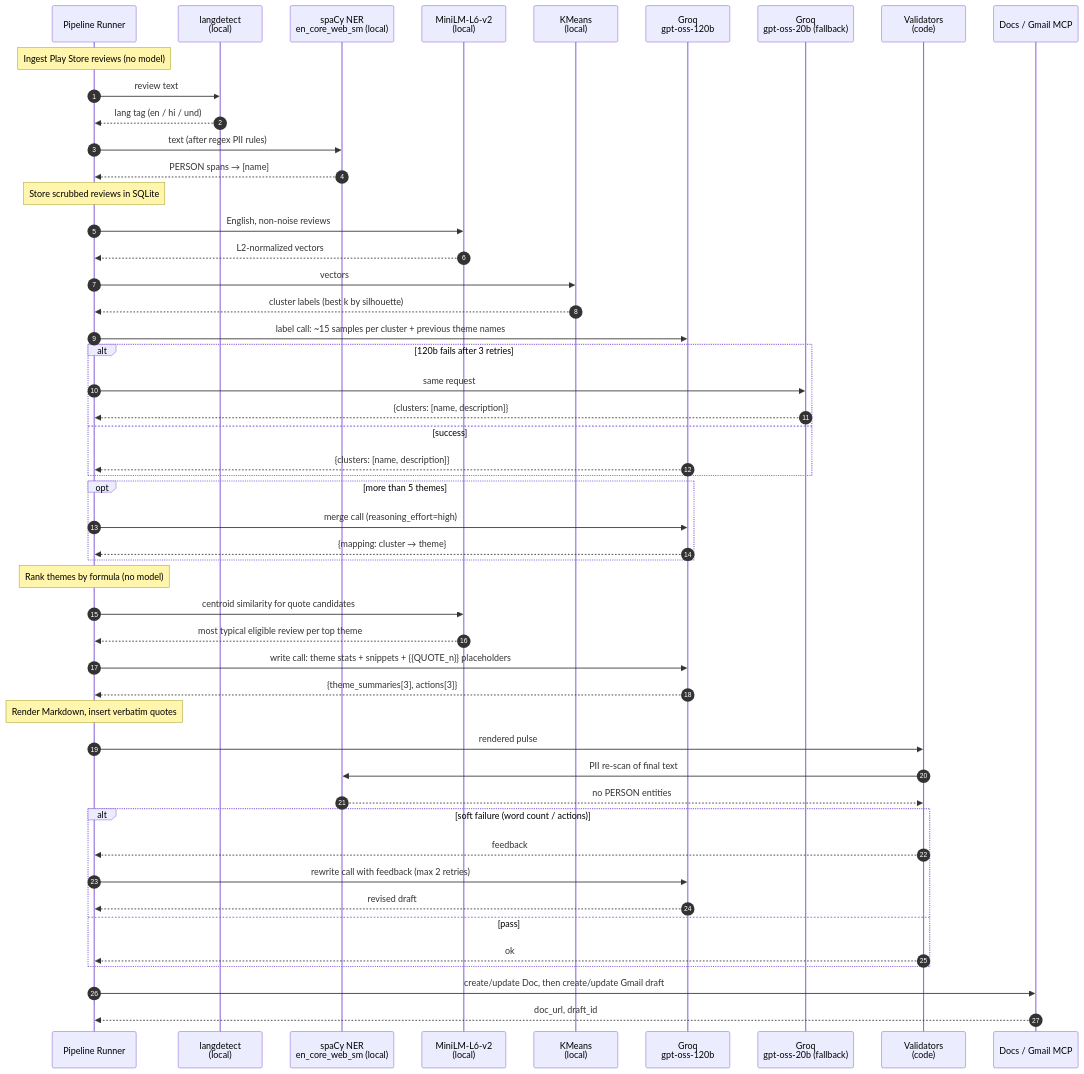
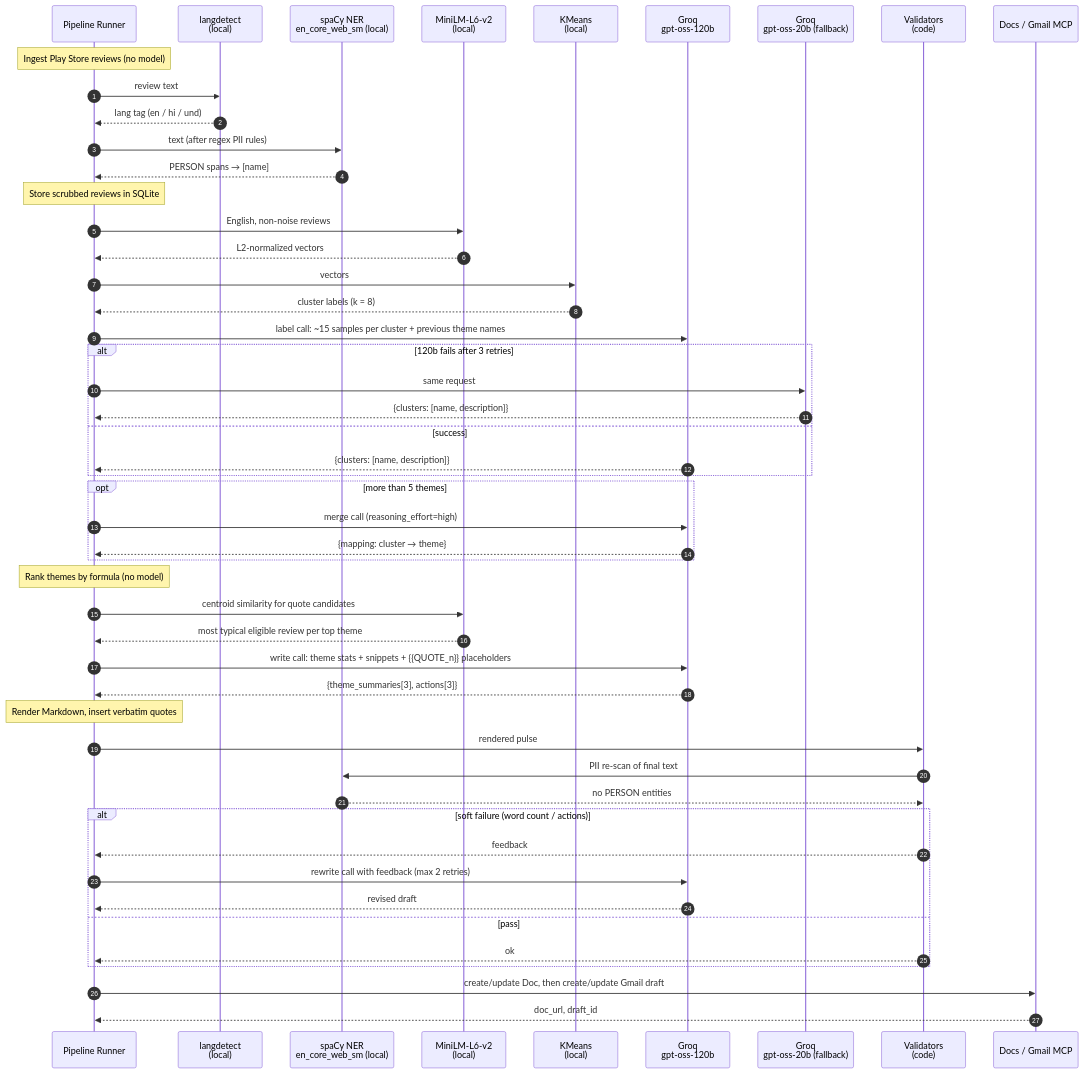
One commit to sivarajthava/agent-groww-service changed the second of 7 diagrams in doc/architecture.md. Above: the diagram before and after it, drawn with Mermaid. The commit also changed other lines of this file and 13 other files, not shown here.

````diff
--- a/doc/architecture.md
+++ b/doc/architecture.md
@@ -153,59 +153,59 @@
 ```mermaid
 sequenceDiagram
     autonumber
     participant R as Pipeline Runner
     participant LD as langdetect<br/>(local)
     participant NER as spaCy NER<br/>en_core_web_sm (local)
     participant EMB as MiniLM-L6-v2<br/>(local)
     participant KM as KMeans<br/>(local)
     participant G1 as Groq<br/>gpt-oss-120b
     participant G2 as Groq<br/>gpt-oss-20b (fallback)
     participant V as Validators<br/>(code)
     participant MCP as Docs / Gmail MCP
 
     Note over R: Ingest Play Store reviews (no model)
     R->>LD: review text
     LD-->>R: lang tag (en / hi / und)
     R->>NER: text (after regex PII rules)
     NER-->>R: PERSON spans → [name]
     Note over R: Store scrubbed reviews in SQLite
 
     R->>EMB: English, non-noise reviews
     EMB-->>R: L2-normalized vectors
     R->>KM: vectors
-    KM-->>R: cluster labels (best k by silhouette)
+    KM-->>R: cluster labels (k = 8)
 
     R->>G1: label call: ~15 samples per cluster + previous theme names
     alt 120b fails after 3 retries
         R->>G2: same request
         G2-->>R: {clusters: [name, description]}
     else success
         G1-->>R: {clusters: [name, description]}
     end
     opt more than 5 themes
         R->>G1: merge call (reasoning_effort=high)
         G1-->>R: {mapping: cluster → theme}
     end
 
     Note over R: Rank themes by formula (no model)
     R->>EMB: centroid similarity for quote candidates
     EMB-->>R: most typical eligible review per top theme
 
     R->>G1: write call: theme stats + snippets + {{QUOTE_n}} placeholders
     G1-->>R: {theme_summaries[3], actions[3]}
     Note over R: Render Markdown, insert verbatim quotes
 
     R->>V: rendered pulse
     V->>NER: PII re-scan of final text
     NER-->>V: no PERSON entities
     alt soft failure (word count / actions)
         V-->>R: feedback
         R->>G1: rewrite call with feedback (max 2 retries)
         G1-->>R: revised draft
     else pass
         V-->>R: ok
     end
 
     R->>MCP: create/update Doc, then create/update Gmail draft
     MCP-->>R: doc_url, draft_id
 ```
````
